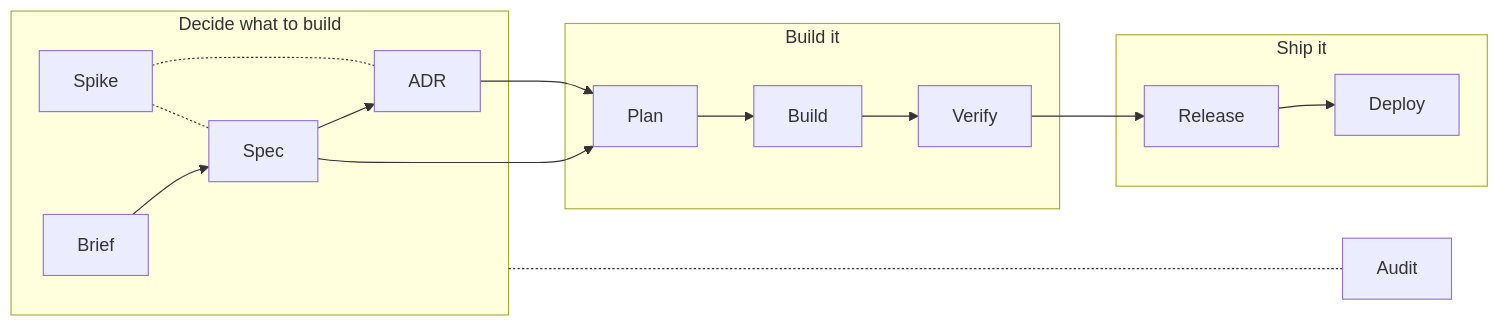
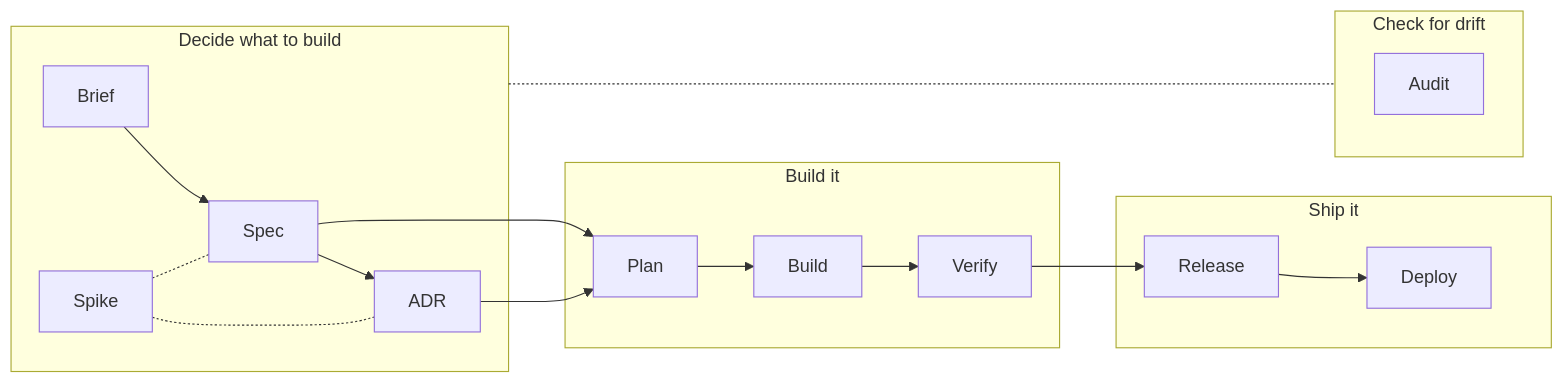
Before and after one commit to michaelmarconi/agentic-engineering: the first of 7 diagrams in docs/lifecycle.md, drawn with Mermaid.

Commit message:
Lifecycle draft: audit in its own group, Check for drift

````diff
--- a/docs/lifecycle.md
+++ b/docs/lifecycle.md
@@ -11,20 +11,23 @@
 ```mermaid
 flowchart LR
     subgraph Decide[Decide what to build]
         Brief --> Spec --> ADR
         Spike
     end
     subgraph Make[Build it]
         Plan --> Build --> Verify
     end
     subgraph Ship[Ship it]
         Release --> Deploy
     end
+    subgraph Drift[Check for drift]
+        Audit
+    end
     Spec --> Plan
     ADR --> Plan
     Verify --> Release
     Spike -.- Spec
     Spike -.- ADR
-    Ship ~~~ Audit
-    Decide <-.- Audit
+    Ship ~~~ Drift
+    Decide <-.- Drift
 ```
````
